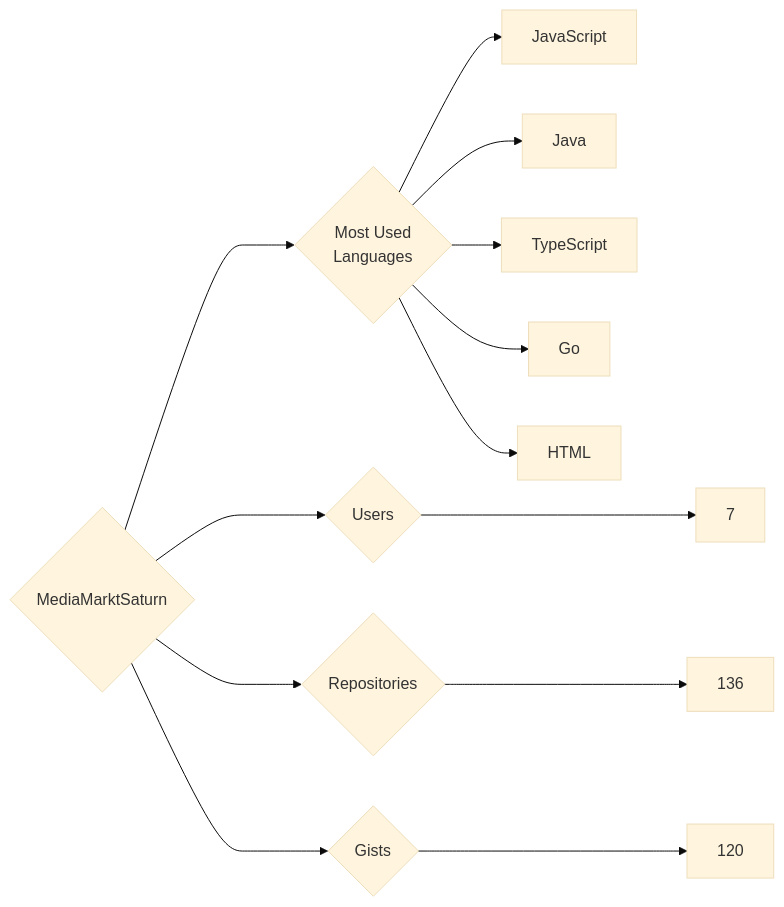
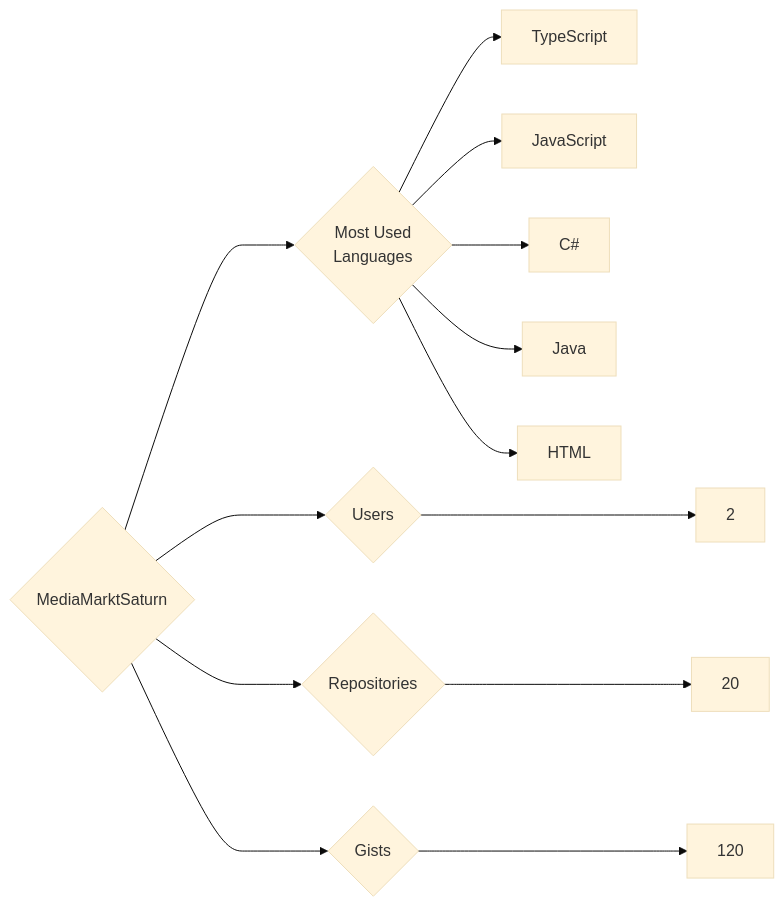
Before and after one commit to trickest/insiders: the diagram in targets/MediaMarktSaturn/README.md, drawn with Mermaid (base theme). The commit also changed 1496 other files, not shown here.

````diff
--- a/targets/MediaMarktSaturn/README.md
+++ b/targets/MediaMarktSaturn/README.md
@@ -3,13 +3,13 @@
 ```mermaid
 graph LR
 COMPANY_NAME{MediaMarktSaturn}
-COMPANY_NAME ---> U{Users} ---> UN[7]
-COMPANY_NAME ---> R{Repositories} ---> RN[136]
+COMPANY_NAME ---> U{Users} ---> UN[2]
+COMPANY_NAME ---> R{Repositories} ---> RN[20]
 COMPANY_NAME ---> G{Gists} ---> GN[120]
 COMPANY_NAME ---> ML{Most Used<br>Languages}
+ML --> TypeScript[TypeScript]
 ML --> JavaScript[JavaScript]
+ML --> C#[C#]
 ML --> Java[Java]
-ML --> TypeScript[TypeScript]
-ML --> Go[Go]
 ML --> HTML[HTML]
 ```
````
